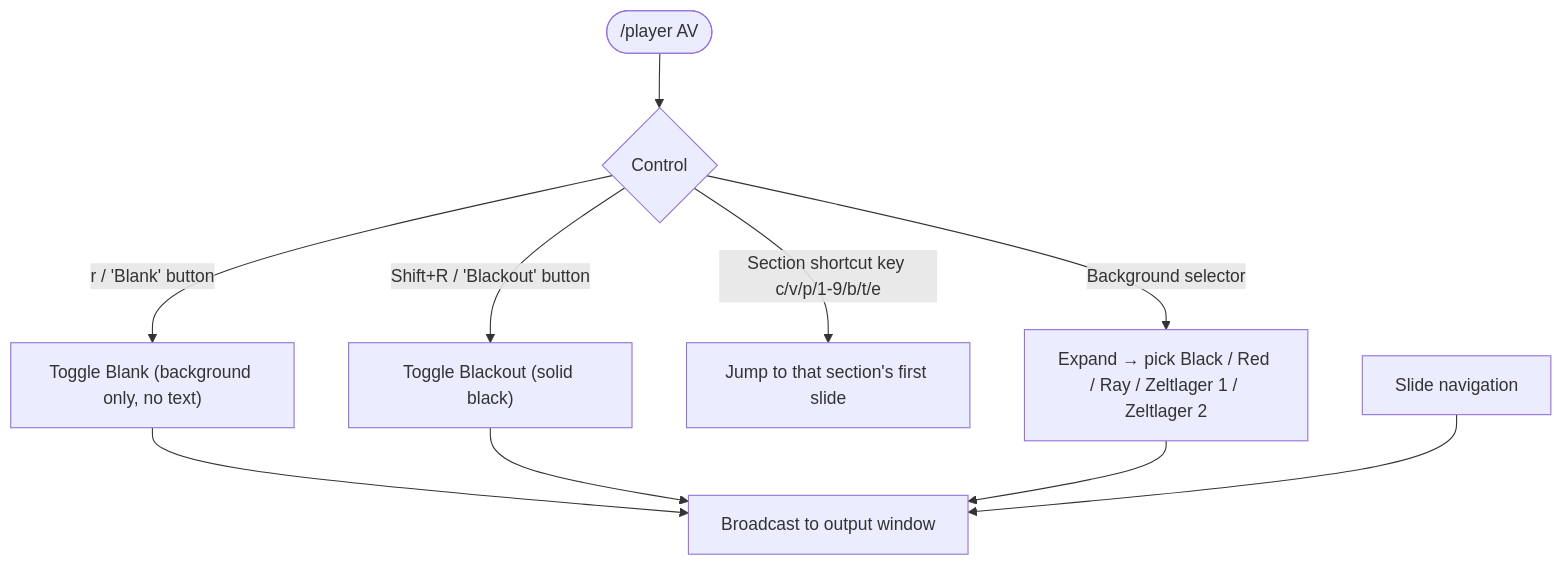
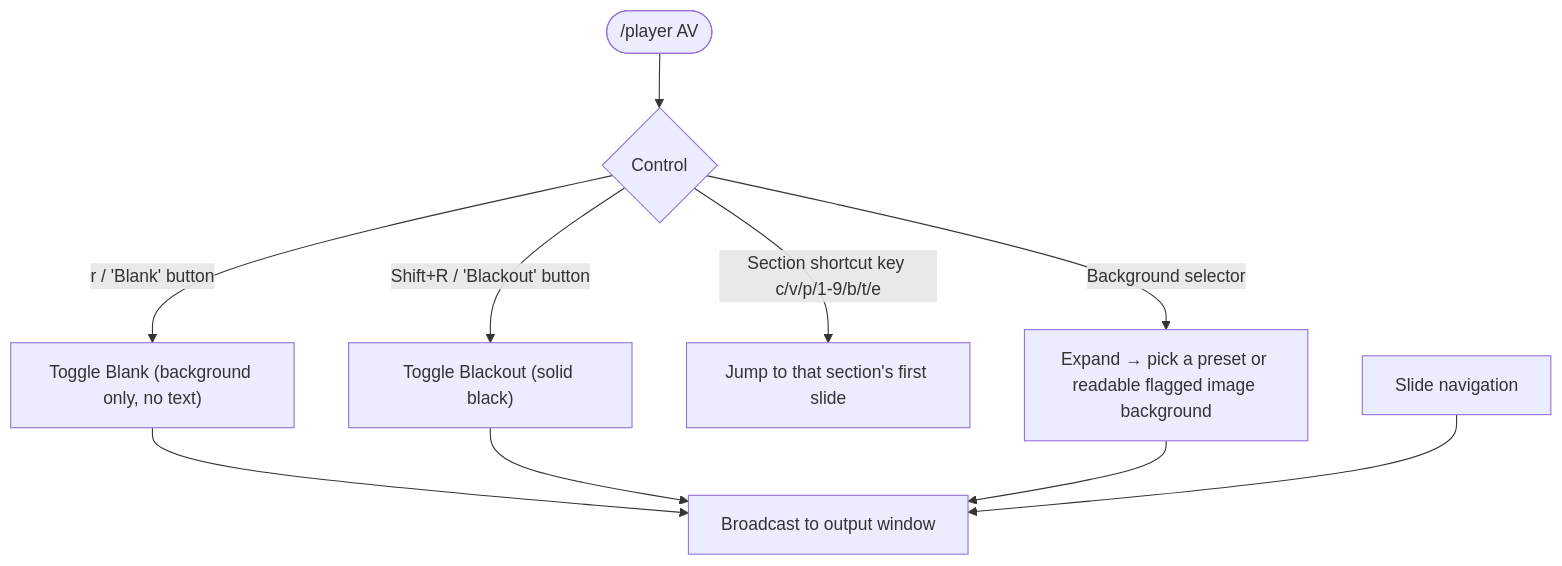
Diagram 38 of 57 in docs/architecture/frontend-user-flows.md (xilefmusics/worshipviewer), drawn with Mermaid before and after one commit. The commit also changed other lines of this file and 54 other files, not shown here.

````diff
--- a/docs/architecture/frontend-user-flows.md
+++ b/docs/architecture/frontend-user-flows.md
@@ -669,12 +669,12 @@
 ```mermaid
 flowchart TD
     av(["/player AV"]) --> state{Control}
     state -->|"r / 'Blank' button"| blank["Toggle Blank (background only, no text)"]
     state -->|"Shift+R / 'Blackout' button"| black["Toggle Blackout (solid black)"]
     state -->|Section shortcut key c/v/p/1-9/b/t/e| sect["Jump to that section's first slide"]
-    state -->|Background selector| bg["Expand → pick Black / Red / Ray / Zeltlager 1 / Zeltlager 2"]
+    state -->|Background selector| bg["Expand → pick a preset or readable flagged image background"]
     blank --> sync["Broadcast to output window"]
     black --> sync
     bg --> sync
     jump["Slide navigation"] --> sync
 ```
````
